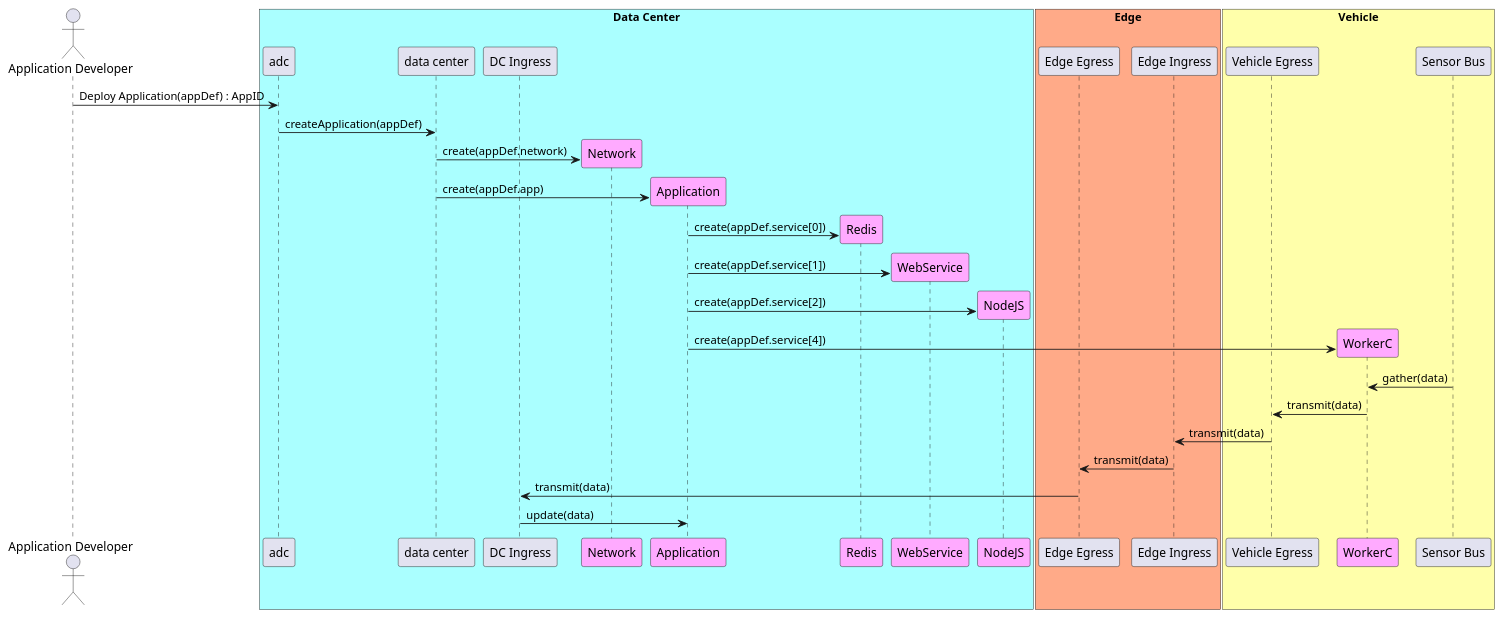
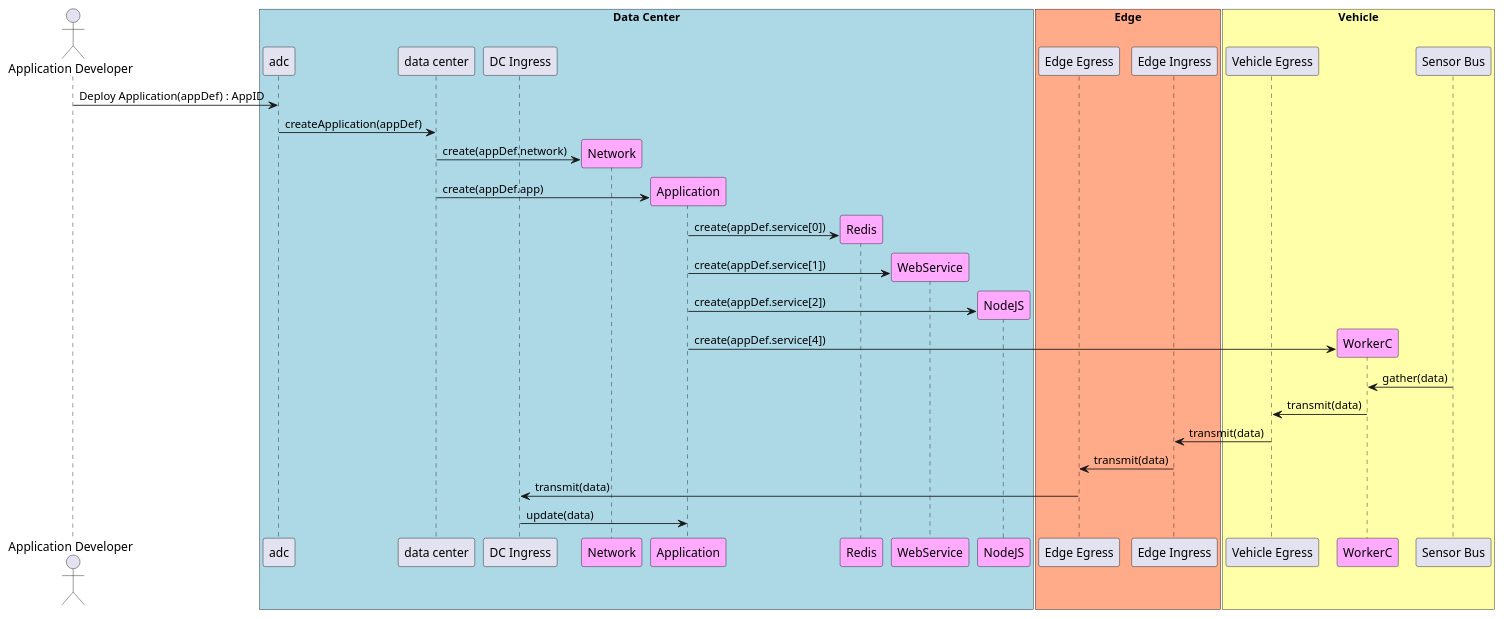
Before and after one commit to CAADE/ADC: the diagram in docs/UseCases/Manage-Applications/Deploy-Complex-Application-DC-and-Vehicle.puml, drawn with PlantUML. The commit also changed 374 other files, not shown here.

```diff
--- a/docs/UseCases/Manage-Applications/Deploy-Complex-Application-DC-and-Vehicle.puml
+++ b/docs/UseCases/Manage-Applications/Deploy-Complex-Application-DC-and-Vehicle.puml
@@ -1,39 +1,39 @@
 @startuml
 Actor "Application Developer" as dev
 
-box "Data Center" #aaffff
+box "Data Center" #lightblue
     participant "adc" as S
     participant "data center" as DC
     participant "DC Ingress" as DCI
     dev -> S : Deploy Application(appDef) : AppID
     S -> DC : createApplication(appDef)
     create "Network" as net #ffaaff
     DC -> net : create(appDef.network)
     create "Application" as app #ffaaff
     DC -> app : create(appDef.app)
     create "Redis" as redis #ffaaff
     app -> redis : create(appDef.service[0])
     create "WebService" as web #ffaaff
     app -> web: create(appDef.service[1])
     create "NodeJS" as node #ffaaff
     app -> node: create(appDef.service[2])
 end box
 box "Edge" #ffaa88
     participant "Edge Egress" as EE
     participant "Edge Ingress" as EI
 end box
 box "Vehicle" #ffffaa
     participant "Vehicle Egress" as CE
     create WorkerC as workerc #ffaaff
     app -> workerc: create(appDef.service[4])
     participant "Sensor Bus" as CI
 end box
 CI -> workerc : gather(data)
 workerc -> CE : transmit(data)
 CE -> EI : transmit(data)
 EI -> EE : transmit(data)
 EE -> DCI : transmit(data)
 DCI -> app : update(data)
 
 
 @enduml
```
